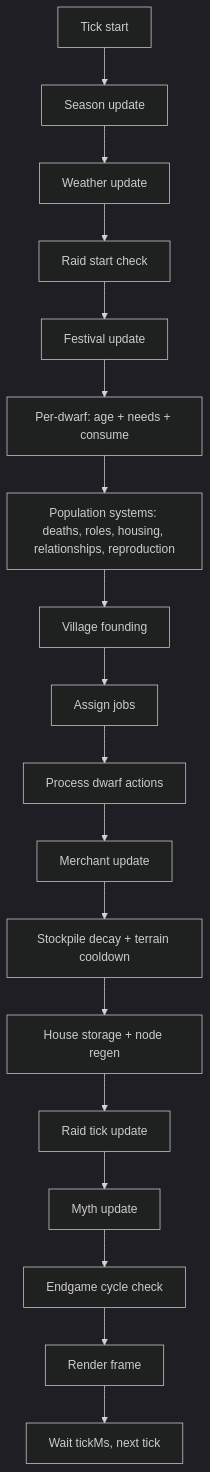
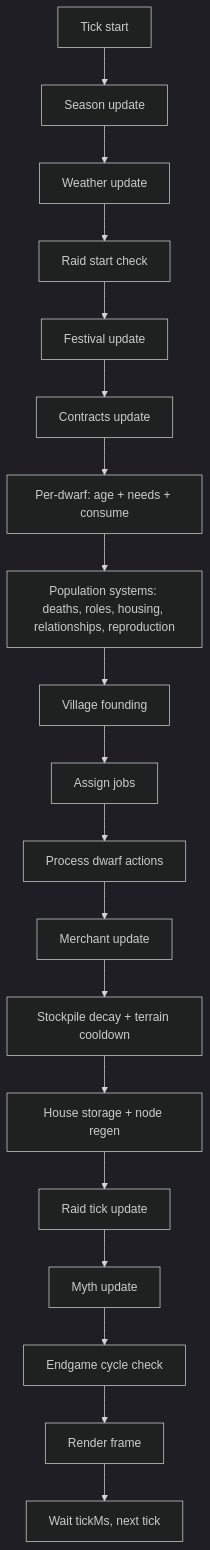
One commit to Gladiak/nodeDwarves changed the diagram in MANUAL.md. Above: the diagram before and after it, drawn with Mermaid (dark theme). The commit also changed other lines of this file and 19 other files, not shown here.

````diff
--- a/MANUAL.md
+++ b/MANUAL.md
@@ -51,20 +52,21 @@
 ```mermaid
 flowchart TD
   A[Tick start] --> B[Season update]
   B --> C[Weather update]
   C --> D[Raid start check]
   D --> E[Festival update]
-  E --> F[Per-dwarf: age + needs + consume]
-  F --> G[Population systems: deaths, roles, housing, relationships, reproduction]
-  G --> H[Village founding]
-  H --> I[Assign jobs]
-  I --> J[Process dwarf actions]
-  J --> K[Merchant update]
-  K --> L[Stockpile decay + terrain cooldown]
-  L --> M[House storage + node regen]
-  M --> N[Raid tick update]
-  N --> O[Myth update]
-  O --> P[Endgame cycle check]
-  P --> Q[Render frame]
-  Q --> R[Wait tickMs, next tick]
+  E --> F[Contracts update]
+  F --> G[Per-dwarf: age + needs + consume]
+  G --> H[Population systems: deaths, roles, housing, relationships, reproduction]
+  H --> I[Village founding]
+  I --> J[Assign jobs]
+  J --> K[Process dwarf actions]
+  K --> L[Merchant update]
+  L --> M[Stockpile decay + terrain cooldown]
+  M --> N[House storage + node regen]
+  N --> O[Raid tick update]
+  O --> P[Myth update]
+  P --> Q[Endgame cycle check]
+  Q --> R[Render frame]
+  R --> S[Wait tickMs, next tick]
 ```
````
